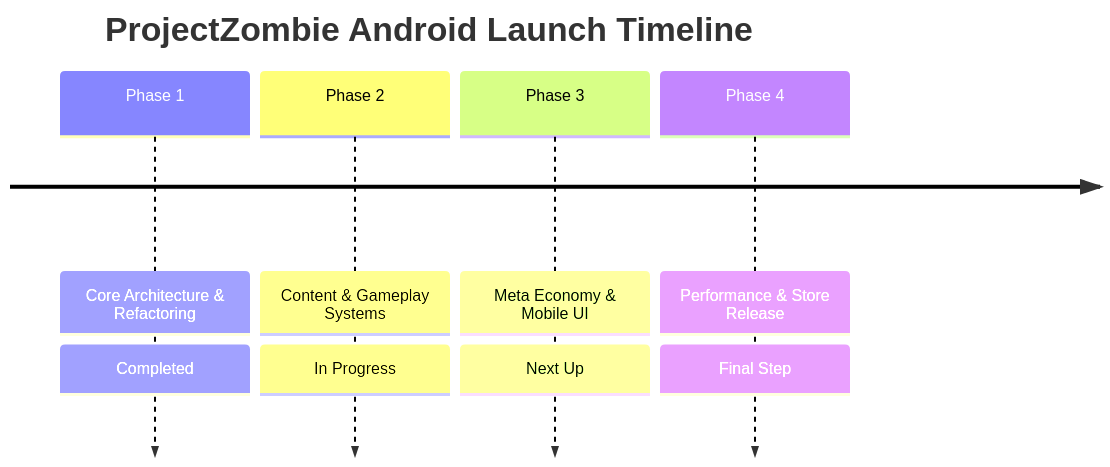
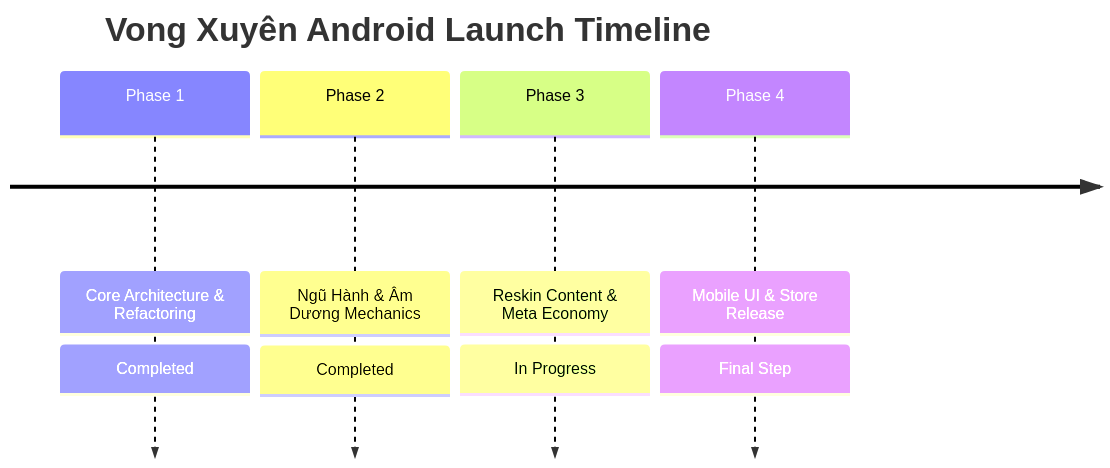
The diagram in ProjectManagement/ROADMAP.md (thuongtran1210/Projectzombie), drawn with Mermaid before and after one commit. The commit also changed other lines of this file and 72 other files, not shown here.

Commit message:
feat: implement core gameplay systems including Yin-Yang elemental mechanics, weapon data, upgrade management, and UI presenter architecture

````diff
--- a/ProjectManagement/ROADMAP.md
+++ b/ProjectManagement/ROADMAP.md
@@ -11,8 +11,8 @@
 ```mermaid
 timeline
-    title ProjectZombie Android Launch Timeline
+    title Vong Xuyên Android Launch Timeline
     Phase 1 : Core Architecture & Refactoring : Completed
-    Phase 2 : Content & Gameplay Systems : In Progress
-    Phase 3 : Meta Economy & Mobile UI : Next Up
-    Phase 4 : Performance & Store Release : Final Step
+    Phase 2 : Ngũ Hành & Âm Dương Mechanics : Completed
+    Phase 3 : Reskin Content & Meta Economy : In Progress
+    Phase 4 : Mobile UI & Store Release : Final Step
 ```
````
